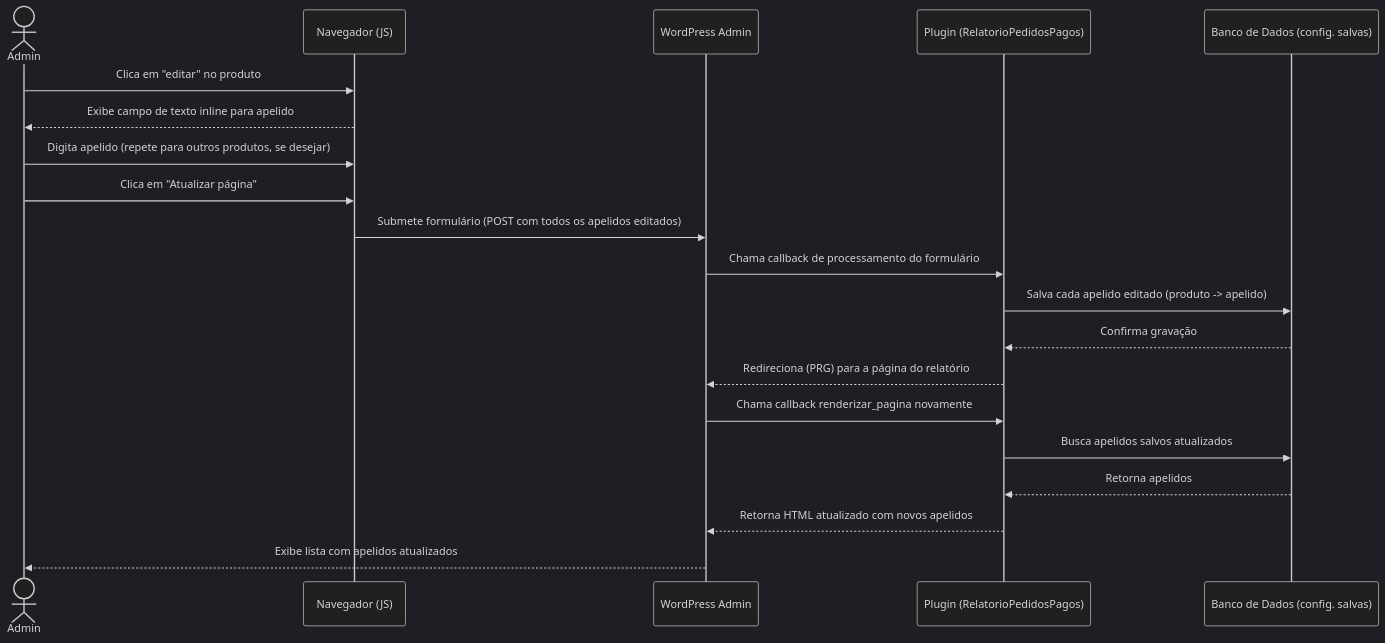
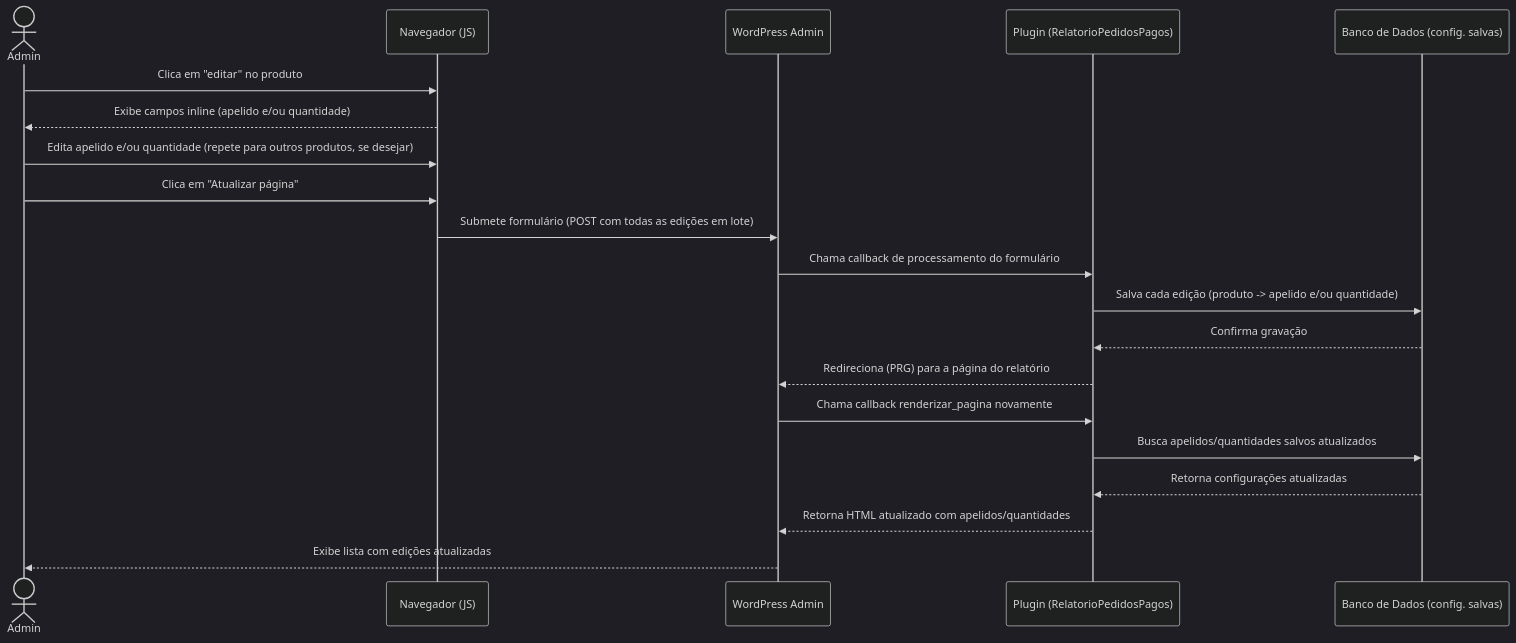
Before and after one commit to rodrigovanelli/relatorio-personalizado-pedidos-pagos: the third of 4 diagrams in README.md, drawn with Mermaid (dark theme). The commit also changed other lines of this file, not shown here.

Commit message:
docs: adiciona diagrama de sequência de baixar PDF

````diff
--- a/README.md
+++ b/README.md
@@ -71,23 +71,23 @@
 ```mermaid
 sequenceDiagram
     actor Admin
     participant JS as Navegador (JS)
     participant WP as WordPress Admin
     participant Plugin as Plugin (RelatorioPedidosPagos)
     participant DB as Banco de Dados (config. salvas)
 
     Admin->>JS: Clica em "editar" no produto
-    JS-->>Admin: Exibe campo de texto inline para apelido
-    Admin->>JS: Digita apelido (repete para outros produtos, se desejar)
+    JS-->>Admin: Exibe campos inline (apelido e/ou quantidade)
+    Admin->>JS: Edita apelido e/ou quantidade (repete para outros produtos, se desejar)
     Admin->>JS: Clica em "Atualizar página"
-    JS->>WP: Submete formulário (POST com todos os apelidos editados)
+    JS->>WP: Submete formulário (POST com todas as edições em lote)
     WP->>Plugin: Chama callback de processamento do formulário
-    Plugin->>DB: Salva cada apelido editado (produto -> apelido)
+    Plugin->>DB: Salva cada edição (produto -> apelido e/ou quantidade)
     DB-->>Plugin: Confirma gravação
     Plugin-->>WP: Redireciona (PRG) para a página do relatório
     WP->>Plugin: Chama callback renderizar_pagina novamente
-    Plugin->>DB: Busca apelidos salvos atualizados
-    DB-->>Plugin: Retorna apelidos
-    Plugin-->>WP: Retorna HTML atualizado com novos apelidos
-    WP-->>Admin: Exibe lista com apelidos atualizados
+    Plugin->>DB: Busca apelidos/quantidades salvos atualizados
+    DB-->>Plugin: Retorna configurações atualizadas
+    Plugin-->>WP: Retorna HTML atualizado com apelidos/quantidades
+    WP-->>Admin: Exibe lista com edições atualizadas
 ```
````
